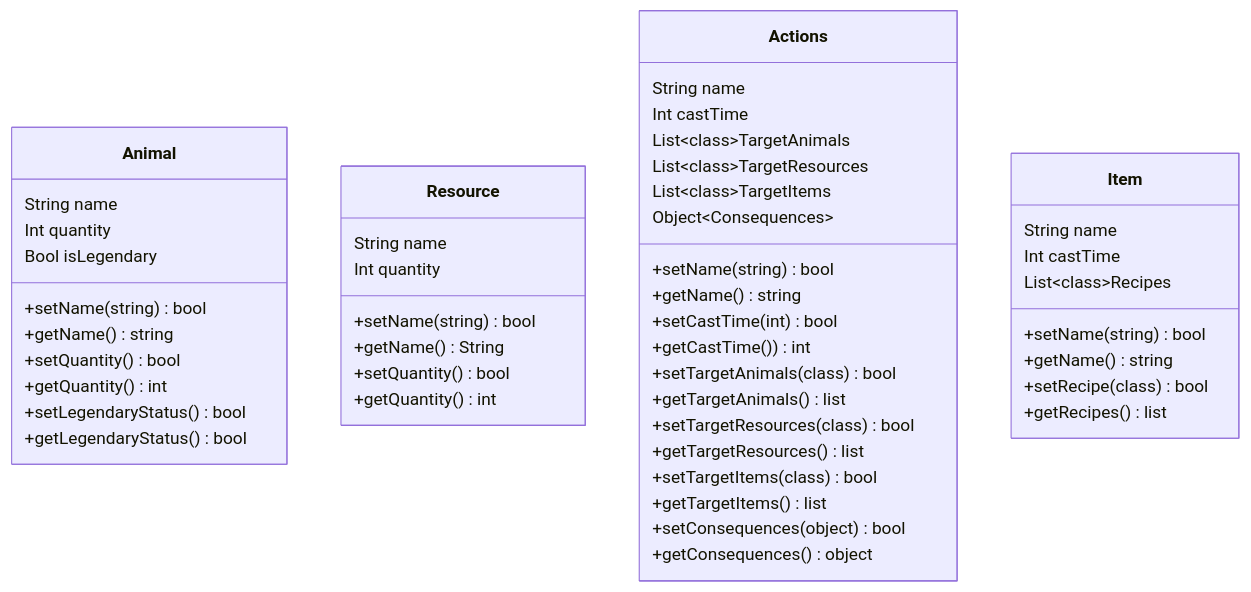
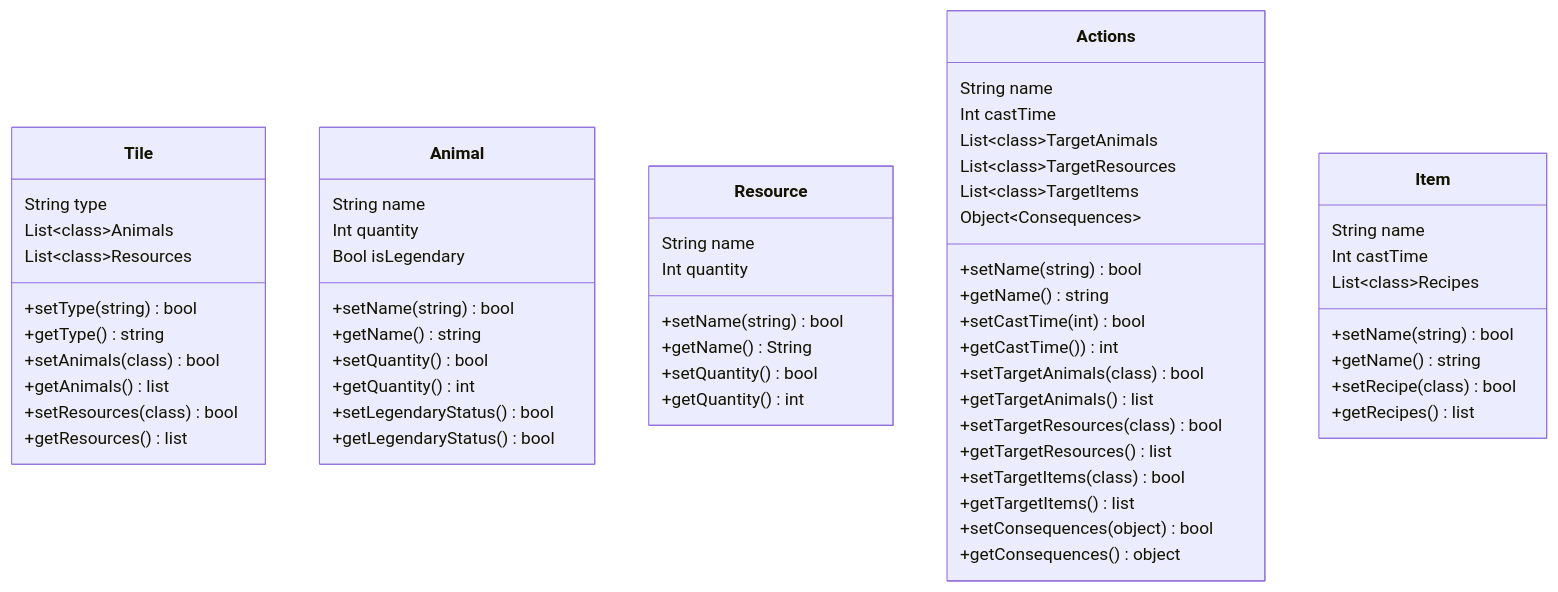
One commit to Francisco970-hub/Exothium-World-JavaScript-Test changed the diagram in README.md. Above: the diagram before and after it, drawn with Mermaid. The commit also changed other lines of this file, not shown here.

````diff
--- a/README.md
+++ b/README.md
@@ -4,55 +4,68 @@
 ```mermaid
 classDiagram
-class Animal{
-  String name
-  Int quantity
-  Bool isLegendary
-  +setName(string) bool
-  +getName() string
-  +setQuantity() bool
-  +getQuantity() int
-  +setLegendaryStatus() bool
-  +getLegendaryStatus() bool
-}
-
-class Resource{
-  String name
-  Int quantity
-  +setName(string) bool
-  +getName() String
-  +setQuantity() bool
-  +getQuantity() int
-}
-
-class Actions{
-  String name
-  Int castTime
-  List~class~TargetAnimals
-  List~class~TargetResources
-  List~class~TargetItems
-  Object~Consequences~
-  +setName(string) bool
-  +getName() string
-  +setCastTime(int) bool
-  +getCastTime()) int
-  +setTargetAnimals(class) bool
-  +getTargetAnimals() list
-  +setTargetResources(class) bool
-  +getTargetResources() list
-  +setTargetItems(class) bool
-  +getTargetItems() list
-  +setConsequences(object) bool
-  +getConsequences() object
-}
+    class Tile{
+      String type
+      List~class~Animals
+      List~class~Resources
+      +setType(string) bool
+      +getType() string
+      +setAnimals(class) bool
+      +getAnimals() list
+      +setResources(class) bool
+      +getResources() list
+    }
 
 
-class Item{
-  String name
-  Int castTime
-  List~class~Recipes
-  +setName(string) bool
-  +getName() string
-  +setRecipe(class) bool
-  +getRecipes() list
-}
+    class Animal{
+      String name
+      Int quantity
+      Bool isLegendary
+      +setName(string) bool
+      +getName() string
+      +setQuantity() bool
+      +getQuantity() int
+      +setLegendaryStatus() bool
+      +getLegendaryStatus() bool
+    }
+
+    class Resource{
+      String name
+      Int quantity
+      +setName(string) bool
+      +getName() String
+      +setQuantity() bool
+      +getQuantity() int
+    }
+
+    class Actions{
+      String name
+      Int castTime
+      List~class~TargetAnimals
+      List~class~TargetResources
+      List~class~TargetItems
+      Object~Consequences~
+      +setName(string) bool
+      +getName() string
+      +setCastTime(int) bool
+      +getCastTime()) int
+      +setTargetAnimals(class) bool
+      +getTargetAnimals() list
+      +setTargetResources(class) bool
+      +getTargetResources() list
+      +setTargetItems(class) bool
+      +getTargetItems() list
+      +setConsequences(object) bool
+      +getConsequences() object
+    }
+
+
+    class Item{
+      String name
+      Int castTime
+      List~class~Recipes
+      +setName(string) bool
+      +getName() string
+      +setRecipe(class) bool
+      +getRecipes() list
+    }
 ```
````
